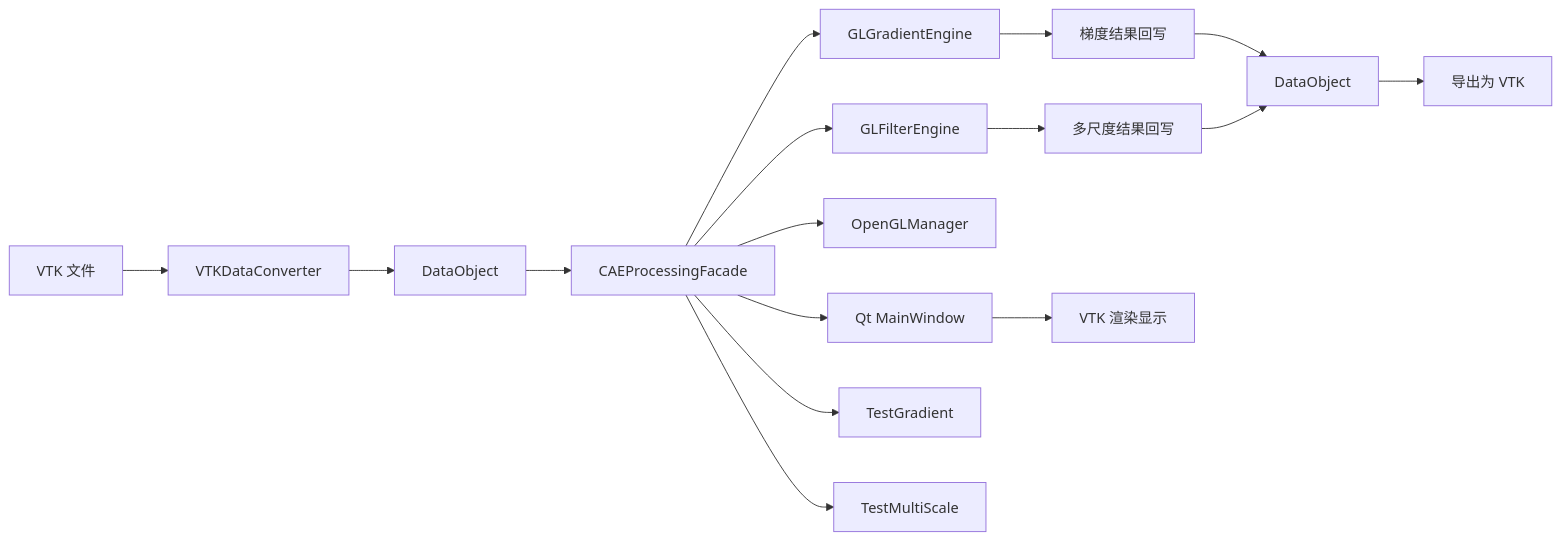
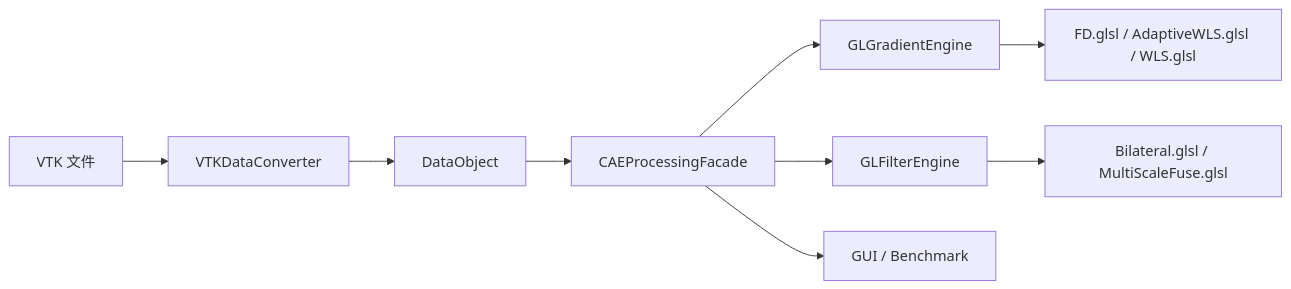
One commit to bghruty567/OpenGLDP changed the diagram in doc/系统接口文档.md. Above: the diagram before and after it, drawn with Mermaid. The commit also changed other lines of this file and 24 other files, not shown here.

````diff
--- a/doc/系统接口文档.md
+++ b/doc/系统接口文档.md
@@ -16,18 +13,11 @@
 ```mermaid
 flowchart LR
     A["VTK 文件"] --> B["VTKDataConverter"]
     B --> C["DataObject"]
     C --> D["CAEProcessingFacade"]
     D --> E["GLGradientEngine"]
     D --> F["GLFilterEngine"]
-    D --> G["OpenGLManager"]
-    D --> H["Qt MainWindow"]
-    D --> I["TestGradient"]
-    D --> J["TestMultiScale"]
-    E --> K["梯度结果回写"]
-    F --> L["多尺度结果回写"]
-    K --> M["DataObject"]
-    L --> M
-    M --> N["导出为 VTK"]
-    H --> O["VTK 渲染显示"]
+    D --> G["GUI / Benchmark"]
+    E --> H["FD.glsl / AdaptiveWLS.glsl / WLS.glsl"]
+    F --> I["Bilateral.glsl / MultiScaleFuse.glsl"]
 ```
````
